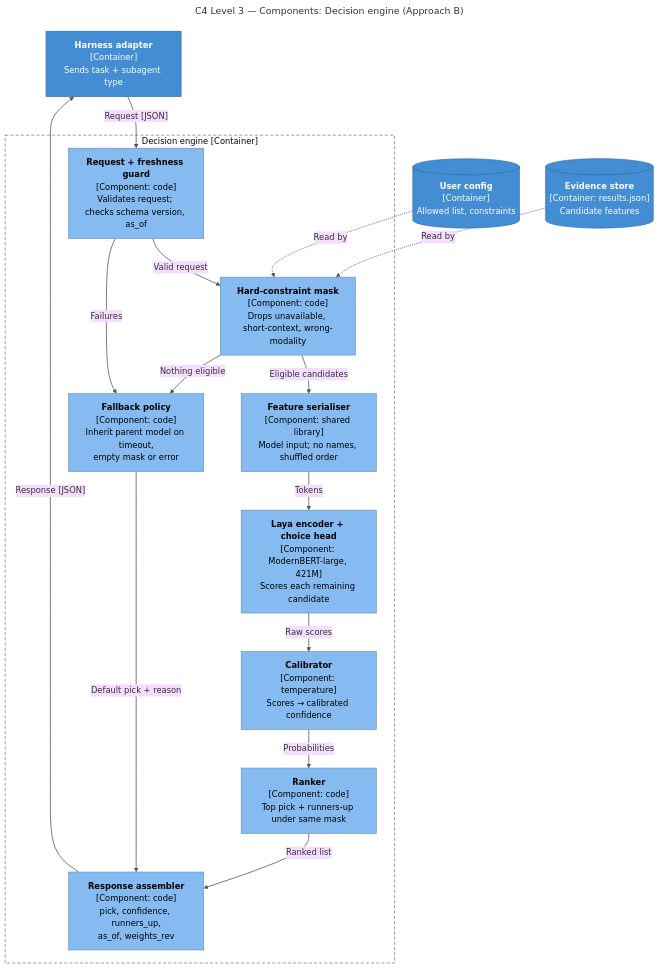
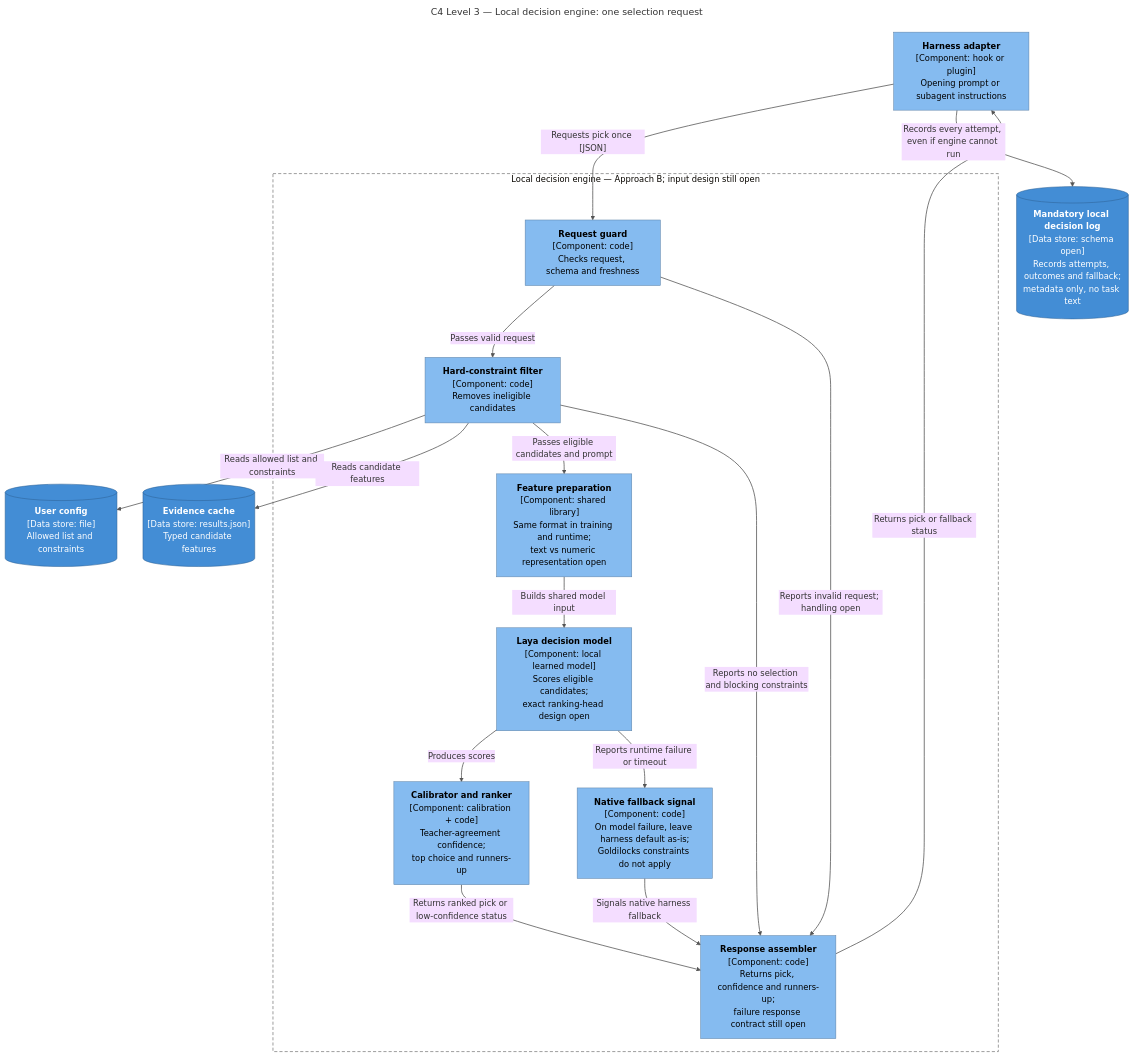
Before and after one commit to mani2001/goldilocks: the diagram in docs/diagrams/src/c4-component-engine.mmd, drawn with Mermaid (base theme). The commit also changed 52 other files, not shown here.

Commit message:
docs(egm): apply review resolutions and retain open questions

```diff
--- a/docs/diagrams/src/c4-component-engine.mmd
+++ b/docs/diagrams/src/c4-component-engine.mmd
@@ -1,37 +1,38 @@
 ---
-title: "C4 Level 3 — Components: Decision engine (Approach B)"
+title: "C4 Level 3 — Local decision engine: one selection request"
 ---
 flowchart TB
-  adapter["<b>Harness adapter</b><br/>[Container]<br/>Sends task + subagent type"]:::cont
-  config[("<b>User config</b><br/>[Container]<br/>Allowed list, constraints")]:::cont
-  store[("<b>Evidence store</b><br/>[Container: results.json]<br/>Candidate features")]:::cont
-  subgraph engine["Decision engine [Container]"]
-    guard["<b>Request + freshness guard</b><br/>[Component: code]<br/>Validates request; checks schema version, as_of"]:::comp
-    mask["<b>Hard-constraint mask</b><br/>[Component: code]<br/>Drops unavailable, short-context, wrong-modality"]:::comp
-    serial["<b>Feature serialiser</b><br/>[Component: shared library]<br/>Model input; no names, shuffled order"]:::comp
-    laya["<b>Laya encoder + choice head</b><br/>[Component: ModernBERT-large, 421M]<br/>Scores each remaining candidate"]:::comp
-    calib["<b>Calibrator</b><br/>[Component: temperature]<br/>Scores → calibrated confidence"]:::comp
-    rank["<b>Ranker</b><br/>[Component: code]<br/>Top pick + runners-up under same mask"]:::comp
-    fallback["<b>Fallback policy</b><br/>[Component: code]<br/>Inherit parent model on timeout,<br/>empty mask or error"]:::comp
-    resp["<b>Response assembler</b><br/>[Component: code]<br/>pick, confidence, runners_up,<br/>as_of, weights_rev"]:::comp
+  adapter["<b>Harness adapter</b><br/>[Component: hook or plugin]<br/>Opening prompt or subagent instructions"]:::comp
+  config[("<b>User config</b><br/>[Data store: file]<br/>Allowed list and constraints")]:::cont
+  store[("<b>Evidence cache</b><br/>[Data store: results.json]<br/>Typed candidate features")]:::cont
+  subgraph engine["Local decision engine — Approach B; input design still open"]
+    guard["<b>Request guard</b><br/>[Component: code]<br/>Checks request, schema and freshness"]:::comp
+    mask["<b>Hard-constraint filter</b><br/>[Component: code]<br/>Removes ineligible candidates"]:::comp
+    serial["<b>Feature preparation</b><br/>[Component: shared library]<br/>Same format in training and runtime;<br/>text vs numeric representation open"]:::comp
+    laya["<b>Laya decision model</b><br/>[Component: local learned model]<br/>Scores eligible candidates;<br/>exact ranking-head design open"]:::comp
+    calib["<b>Calibrator and ranker</b><br/>[Component: calibration + code]<br/>Teacher-agreement confidence;<br/>top choice and runners-up"]:::comp
+    fallback["<b>Native fallback signal</b><br/>[Component: code]<br/>On model failure, leave harness default as-is;<br/>Goldilocks constraints do not apply"]:::comp
+    resp["<b>Response assembler</b><br/>[Component: code]<br/>Returns pick, confidence and runners-up;<br/>failure response contract still open"]:::comp
   end
-  adapter -->|"Request [JSON]"| guard
-  guard -->|"Valid request"| mask
-  config -.->|"Read by"| mask
-  store -.->|"Read by"| mask
-  mask -->|"Eligible candidates"| serial
-  serial -->|"Tokens"| laya
-  laya -->|"Raw scores"| calib
-  calib -->|"Probabilities"| rank
-  rank -->|"Ranked list"| resp
-  guard -->|"Failures"| fallback
-  mask -->|"Nothing eligible"| fallback
-  fallback -->|"Default pick + reason"| resp
-  resp -->|"Response [JSON]"| adapter
+  adapter -->|"Requests pick once [JSON]"| guard
+  guard -->|"Passes valid request"| mask
+  mask -->|"Reads allowed list and constraints"| config
+  mask -->|"Reads candidate features"| store
+  mask -->|"Passes eligible candidates and prompt"| serial
+  serial -->|"Builds shared model input"| laya
+  laya -->|"Produces scores"| calib
+  calib -->|"Returns ranked pick or low-confidence status"| resp
+  guard -->|"Reports invalid request; handling open"| resp
+  mask -->|"Reports no selection and blocking constraints"| resp
+  laya -->|"Reports runtime failure or timeout"| fallback
+  fallback -->|"Signals native harness fallback"| resp
+  resp -->|"Returns pick or fallback status"| adapter
+  log[("<b>Mandatory local decision log</b><br/>[Data store: schema open]<br/>Records attempts, outcomes and fallback;<br/>metadata only, no task text")]:::cont
+  adapter -->|"Records every attempt, even if engine cannot run"| log
   style engine fill:none,stroke:#444,stroke-dasharray:6 4
   classDef person fill:#08427B,stroke:#052E56,color:#fff
   classDef sys fill:#1168BD,stroke:#0B4884,color:#fff
-  classDef ext fill:#999999,stroke:#6B6B6B,color:#fff
+  classDef ext fill:#666666,stroke:#444444,color:#fff
   classDef cont fill:#438DD5,stroke:#2E6295,color:#fff
   classDef comp fill:#85BBF0,stroke:#5D82A8,color:#000
   linkStyle default stroke:#555,stroke-width:1.5px
```
